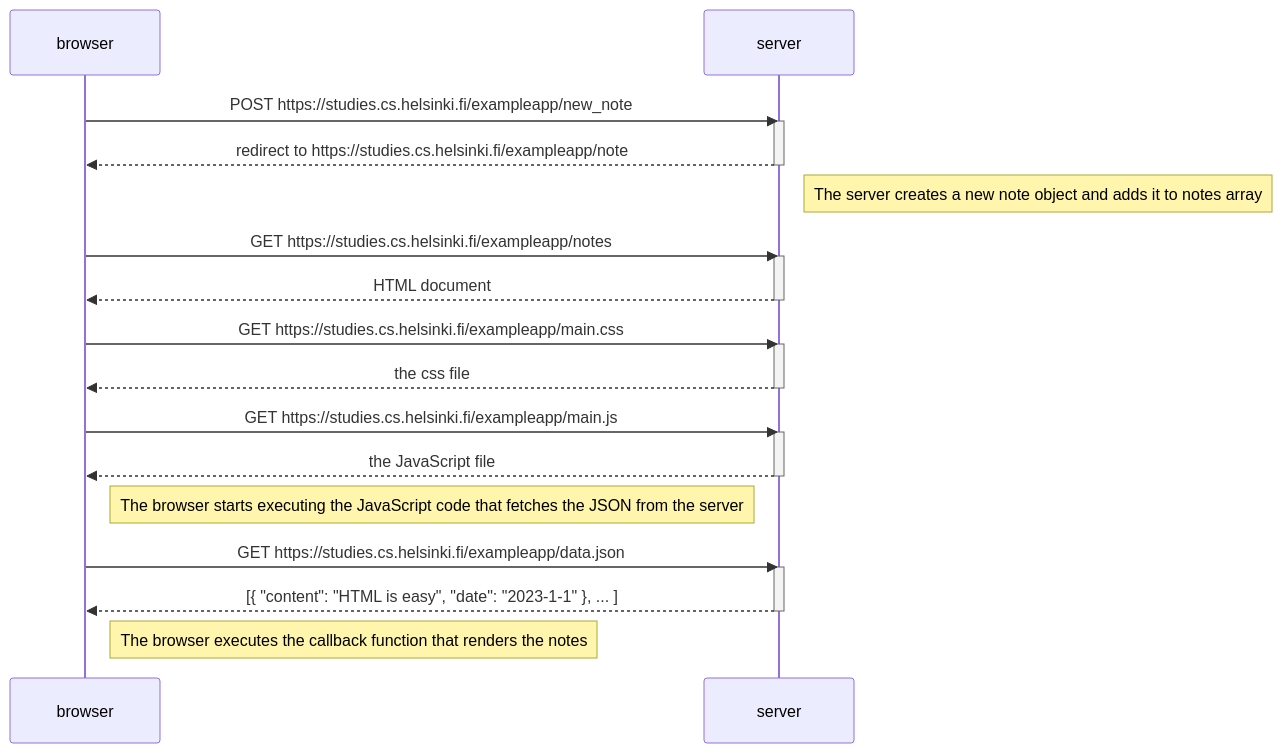
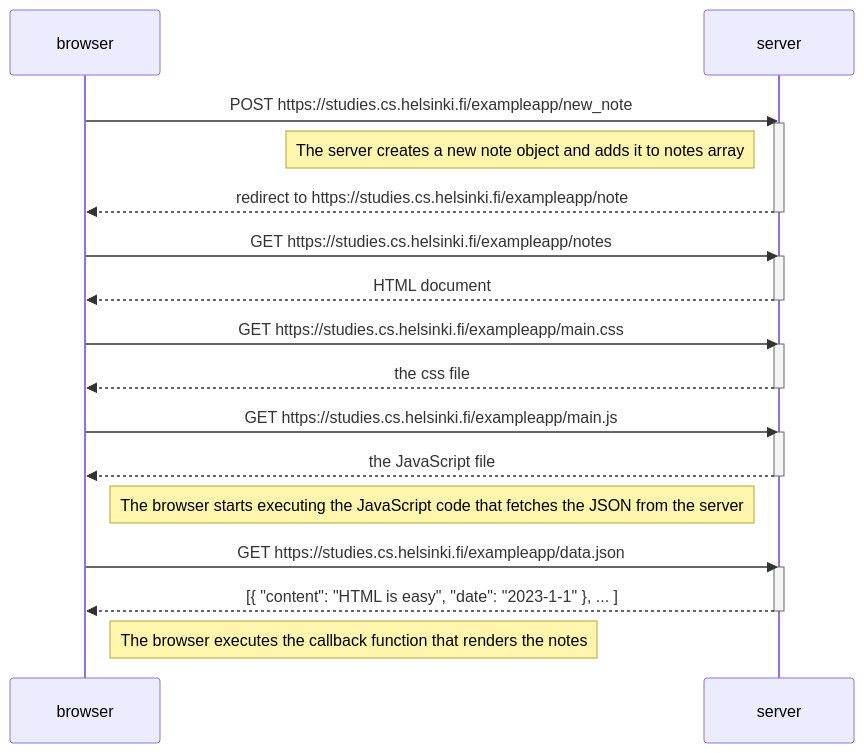
One commit to Mir-Ilham/full-stack-open-mooc changed the diagram in part0/solution_4.md. Above: the diagram before and after it, drawn with Mermaid.

Commit message:
Second edit Part-0, exercise 4 to re-position server note

````diff
--- a/part0/solution_4.md
+++ b/part0/solution_4.md
@@ -1,36 +1,35 @@
 ```mermaid
 sequenceDiagram
     participant browser
     participant server
 
     browser->>server: POST https://studies.cs.helsinki.fi/exampleapp/new_note
     activate server
+    Note left of server: The server creates a new note object and adds it to notes array
     server-->>browser: redirect to https://studies.cs.helsinki.fi/exampleapp/note
     deactivate server
-
-    Note right of server: The server creates a new note object and adds it to notes array
 
     browser->>server: GET https://studies.cs.helsinki.fi/exampleapp/notes
     activate server
     server-->>browser: HTML document
     deactivate server
 
     browser->>server: GET https://studies.cs.helsinki.fi/exampleapp/main.css
     activate server
     server-->>browser: the css file
     deactivate server
 
     browser->>server: GET https://studies.cs.helsinki.fi/exampleapp/main.js
     activate server
     server-->>browser: the JavaScript file
     deactivate server
 
     Note right of browser: The browser starts executing the JavaScript code that fetches the JSON from the server
 
     browser->>server: GET https://studies.cs.helsinki.fi/exampleapp/data.json
     activate server
     server-->>browser: [{ "content": "HTML is easy", "date": "2023-1-1" }, ... ]
     deactivate server
 
     Note right of browser: The browser executes the callback function that renders the notes
 ```
````
